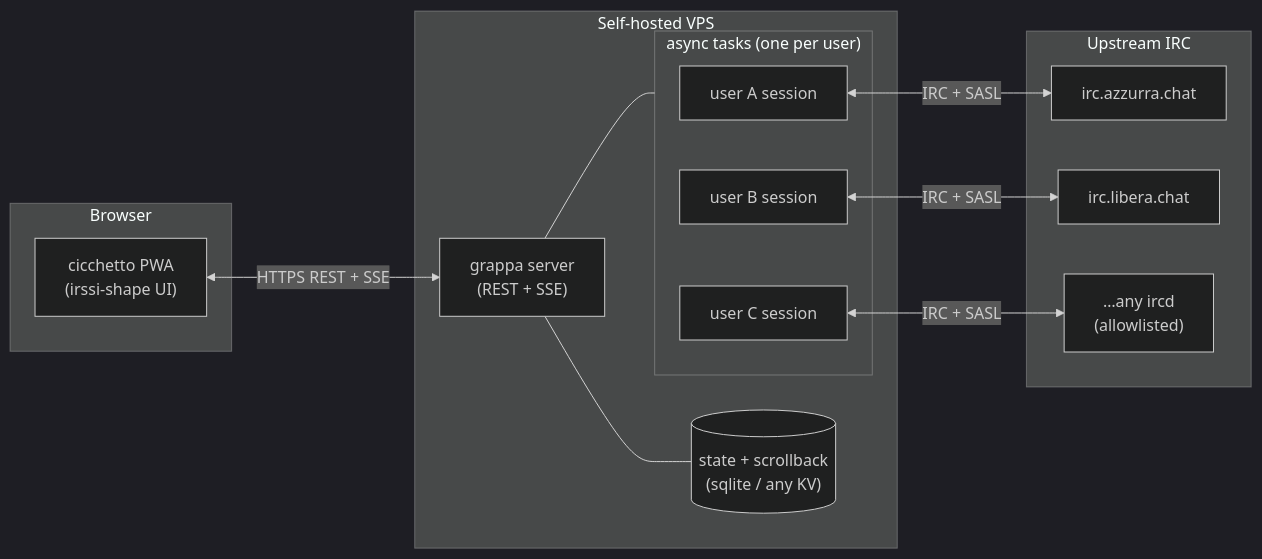
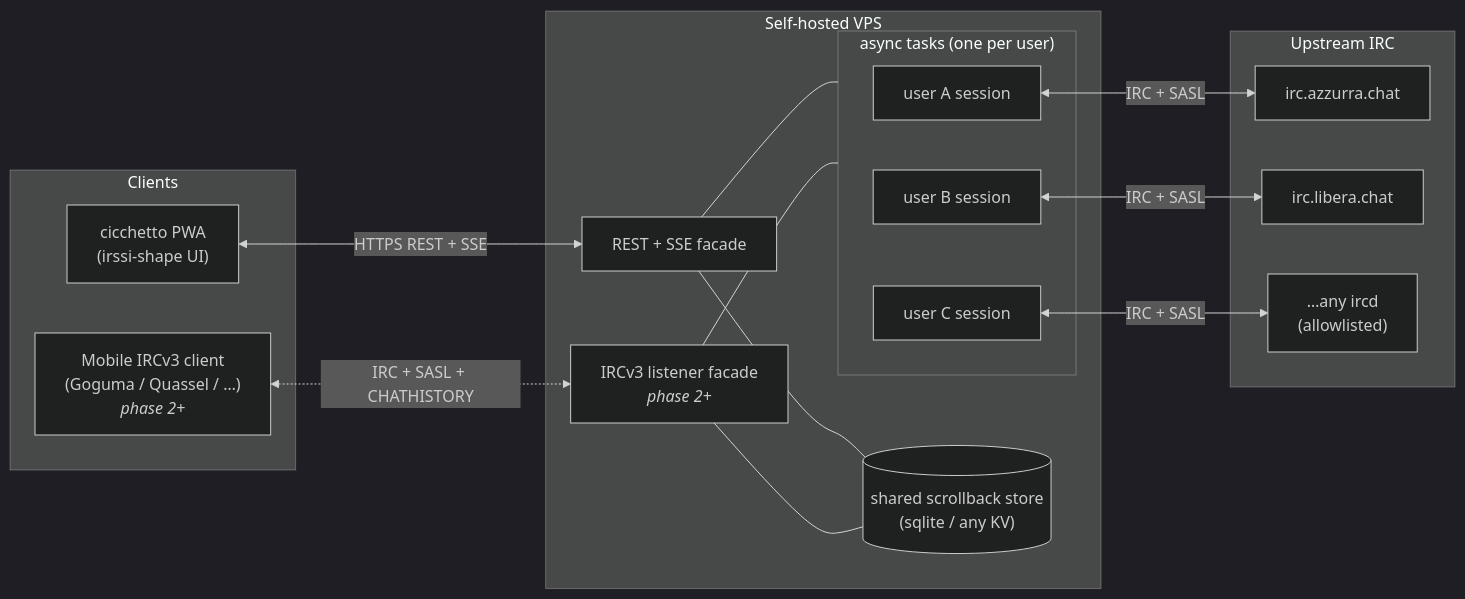
Before and after one commit to vjt/grappa-irc: the diagram in README.md, drawn with Mermaid (dark theme). The commit also changed other lines of this file, not shown here.

First line of the commit message:
README: add IRCv3 listener as second facade (design decision 2026-04-20)

````diff
--- a/README.md
+++ b/README.md
@@ -32,29 +45,34 @@
 ```mermaid
 flowchart LR
-    subgraph Browser
+    subgraph Clients["Clients"]
         cicchetto["cicchetto PWA<br/>(irssi-shape UI)"]
+        mobileirc["Mobile IRCv3 client<br/>(Goguma / Quassel / …)<br/><em>phase 2+</em>"]
     end
 
     subgraph VPS["Self-hosted VPS"]
-        grappa["grappa server<br/>(REST + SSE)"]
-        store[("state + scrollback<br/>(sqlite / any KV)")]
-        grappa --- store
+        rest["REST + SSE facade"]
+        irclisten["IRCv3 listener facade<br/><em>phase 2+</em>"]
+        store[("shared scrollback store<br/>(sqlite / any KV)")]
+        rest --- store
+        irclisten --- store
         subgraph tasks["async tasks (one per user)"]
             t1["user A session"]
             t2["user B session"]
             t3["user C session"]
         end
-        grappa --- tasks
+        rest --- tasks
+        irclisten --- tasks
     end
 
     subgraph Upstream["Upstream IRC"]
         azzurra["irc.azzurra.chat"]
         libera["irc.libera.chat"]
         other["…any ircd<br/>(allowlisted)"]
     end
 
-    cicchetto <-->|"HTTPS REST + SSE"| grappa
+    cicchetto <-->|"HTTPS REST + SSE"| rest
+    mobileirc <-.->|"IRC + SASL + CHATHISTORY"| irclisten
     t1 <-->|"IRC + SASL"| azzurra
     t2 <-->|"IRC + SASL"| libera
     t3 <-->|"IRC + SASL"| other
 ```
````
